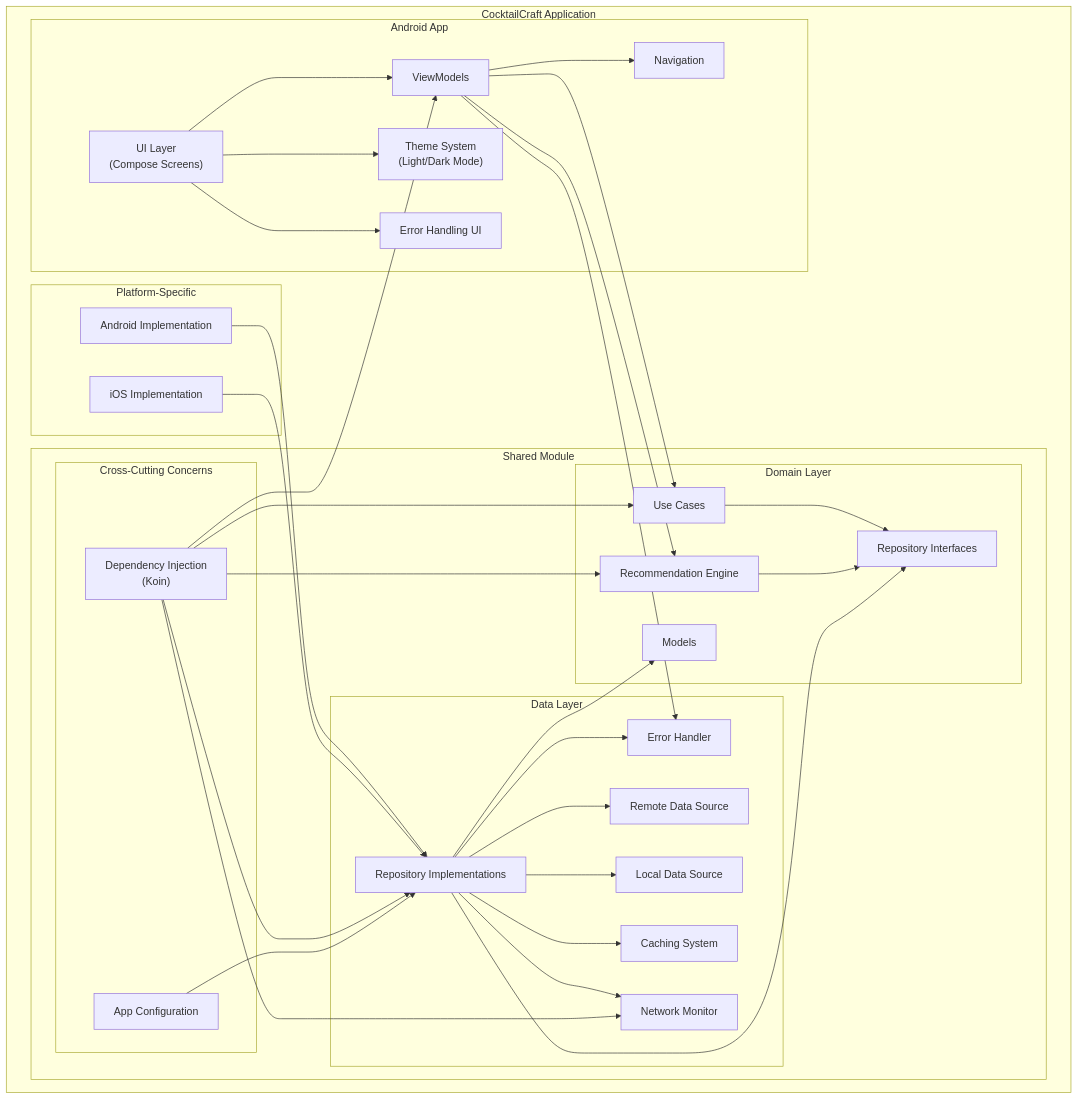
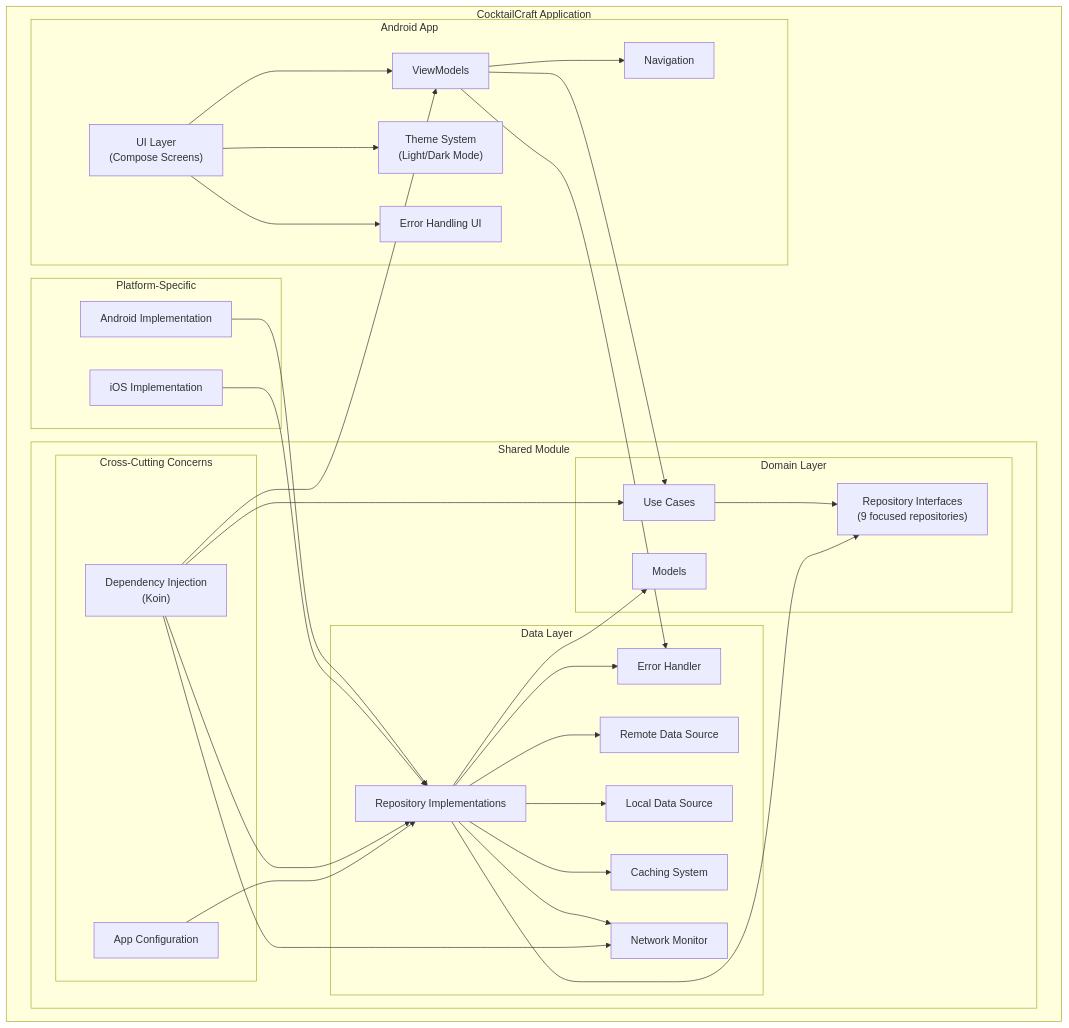
One commit to robto09/CocktailCraft changed the diagram in docs/images/mermaid/high_level_architecture.md. Above: the diagram before and after it, drawn with Mermaid. The commit also changed other lines of this file and 144 other files, not shown here.

First line of the commit message:
Enhancement tracker batch: shared, Android, iOS, and architecture items (#10)

````diff
--- a/docs/images/mermaid/high_level_architecture.md
+++ b/docs/images/mermaid/high_level_architecture.md
@@ -3,66 +3,62 @@
 ```mermaid
 graph TD
     subgraph "CocktailCraft Application"
         subgraph "Android App"
             UI["UI Layer<br>(Compose Screens)"]
             Theme["Theme System<br>(Light/Dark Mode)"]
             VM["ViewModels"]
             Nav["Navigation"]
             ErrorUI["Error Handling UI"]
         end
 
         subgraph "Shared Module"
             subgraph "Domain Layer"
                 Models["Models"]
-                RepoInt["Repository Interfaces"]
+                RepoInt["Repository Interfaces<br>(9 focused repositories)"]
                 UC["Use Cases"]
-                RecEngine["Recommendation Engine"]
             end
 
             subgraph "Data Layer"
                 RepoImpl["Repository Implementations"]
                 Remote["Remote Data Source"]
                 Local["Local Data Source"]
                 Cache["Caching System"]
                 Network["Network Monitor"]
                 ErrorHandler["Error Handler"]
             end
 
             subgraph "Cross-Cutting Concerns"
                 DI["Dependency Injection<br>(Koin)"]
                 Config["App Configuration"]
             end
         end
 
         subgraph "Platform-Specific"
             AndroidImpl["Android Implementation"]
             iOSImpl["iOS Implementation"]
         end
     end
 
     %% Relationships
     UI --> VM
     UI --> Theme
     UI --> ErrorUI
     VM --> UC
-    VM --> RecEngine
     VM --> Nav
     VM --> ErrorHandler
     UC --> RepoInt
-    RecEngine --> RepoInt
     RepoImpl --> RepoInt
     RepoImpl --> Remote
     RepoImpl --> Local
     RepoImpl --> Cache
     RepoImpl --> Network
     RepoImpl --> Models
     RepoImpl --> ErrorHandler
     AndroidImpl --> RepoImpl
     iOSImpl --> RepoImpl
     DI --> RepoImpl
     DI --> UC
-    DI --> RecEngine
     DI --> VM
     DI --> Network
     Config --> RepoImpl
 ```
````
